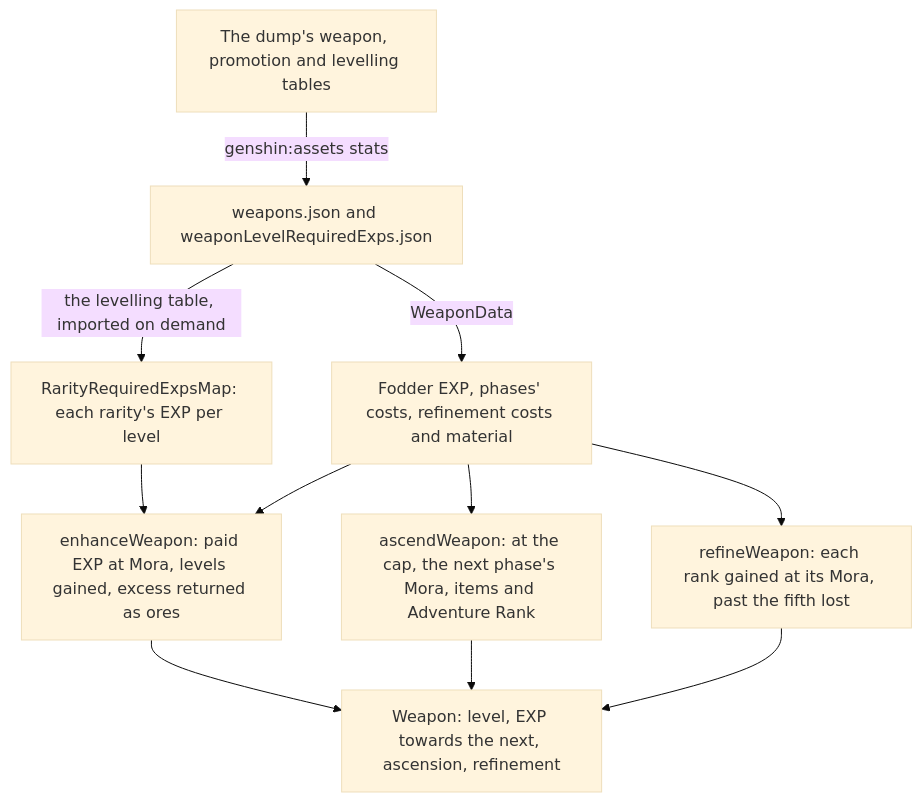
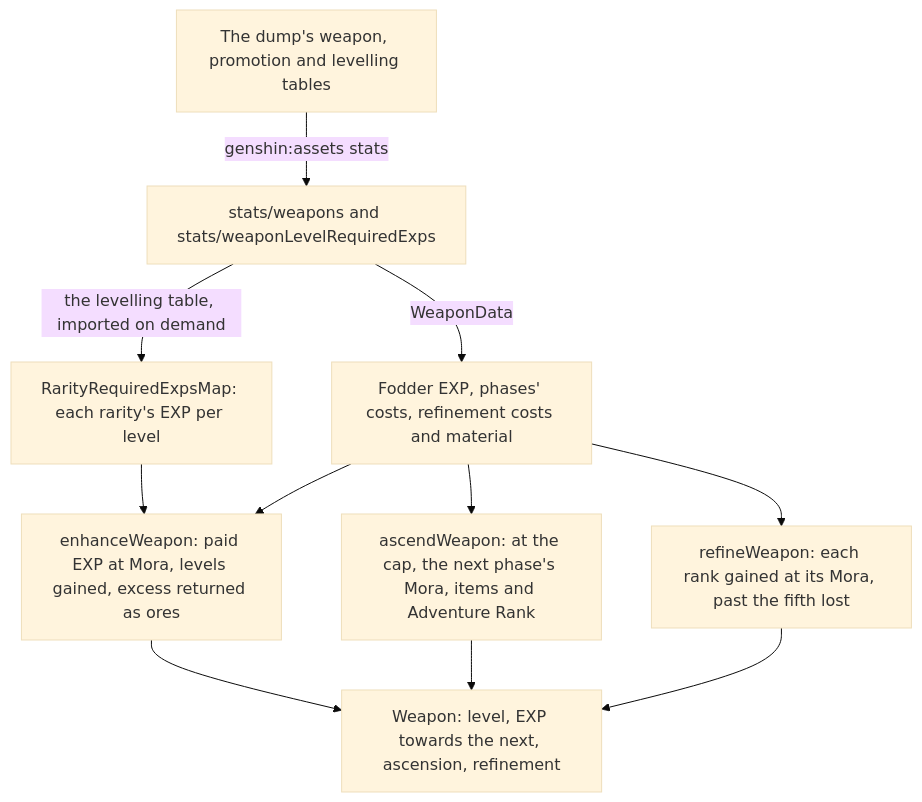
One commit to Esposter/Esposter changed the diagram in apps/web/content/docs/genshin/weapon-enhancement.md. Above: the diagram before and after it, drawn with Mermaid (base theme). The commit also changed 30 other files, not shown here.

````diff
--- a/apps/web/content/docs/genshin/weapon-enhancement.md
+++ b/apps/web/content/docs/genshin/weapon-enhancement.md
@@ -12,13 +12,13 @@
 ```mermaid
 flowchart TD
-  DUMP["The dump's weapon, promotion and levelling tables"] -->|"genshin:assets stats"| TABLES["weapons.json and weaponLevelRequiredExps.json"]
+  DUMP["The dump's weapon, promotion and levelling tables"] -->|"genshin:assets stats"| TABLES["stats/weapons and stats/weaponLevelRequiredExps"]
   TABLES -->|"the levelling table, imported on demand"| REQUIRED["RarityRequiredExpsMap: each rarity's EXP per level"]
   TABLES -->|"WeaponData"| DATA["Fodder EXP, phases' costs, refinement costs and material"]
   REQUIRED --> ENHANCE["enhanceWeapon: paid EXP at Mora, levels gained, excess returned as ores"]
   DATA --> ENHANCE
   DATA --> ASCEND["ascendWeapon: at the cap, the next phase's Mora, items and Adventure Rank"]
   DATA --> REFINE["refineWeapon: each rank gained at its Mora, past the fifth lost"]
   ENHANCE --> WEAPON["Weapon: level, EXP towards the next, ascension, refinement"]
   ASCEND --> WEAPON
   REFINE --> WEAPON
 ```
````
